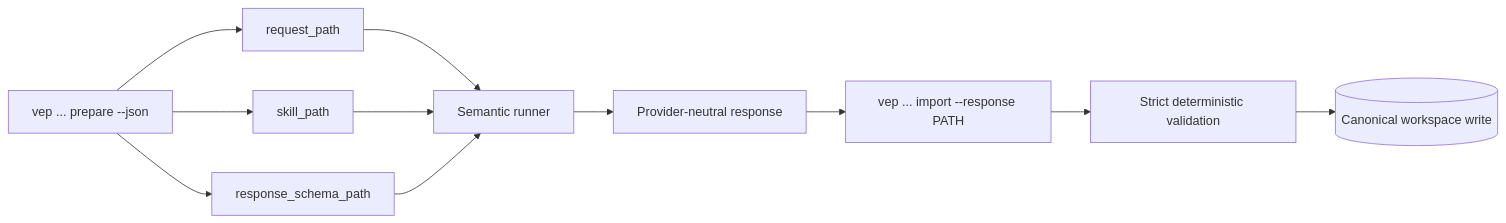
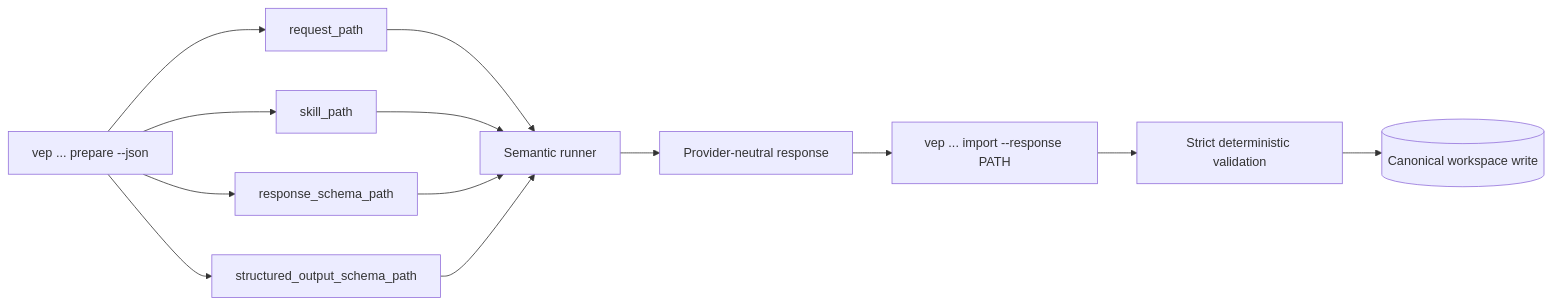
Before and after one commit to Xpotato1024/video-evidence-pipeline: the diagram in docs/operations/ai-exchange.md, drawn with Mermaid. The commit also changed other lines of this file and 5 other files, not shown here.

Commit message:
Add Structured Outputs runner schemas (#64)

````diff
--- a/docs/operations/ai-exchange.md
+++ b/docs/operations/ai-exchange.md
@@ -39,13 +40,15 @@
 ```mermaid
 flowchart LR
     P[vep ... prepare --json] --> Q[request_path]
     P --> S[skill_path]
     P --> X[response_schema_path]
+    P --> XO[structured_output_schema_path]
     Q --> R[Semantic runner]
     S --> R
     X --> R
+    XO --> R
     R --> O[Provider-neutral response]
     O --> I[vep ... import --response PATH]
     I --> V[Strict deterministic validation]
     V --> W[(Canonical workspace write)]
 ```
````
